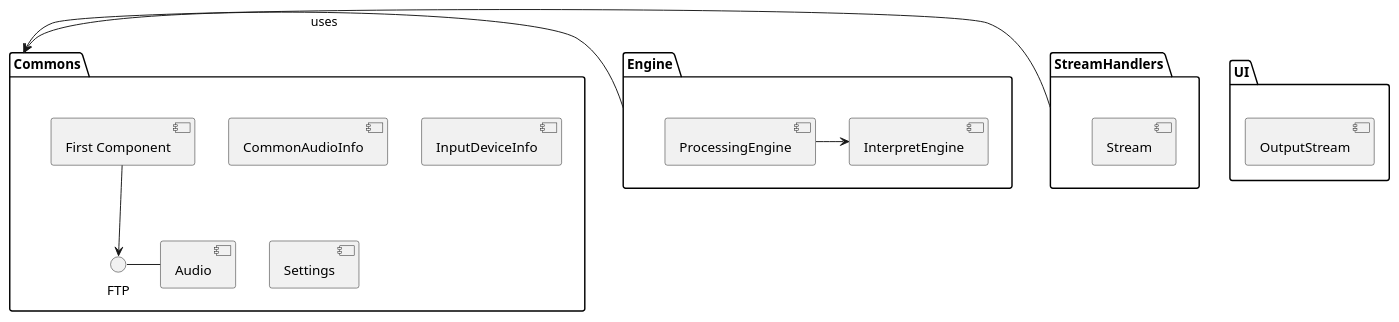
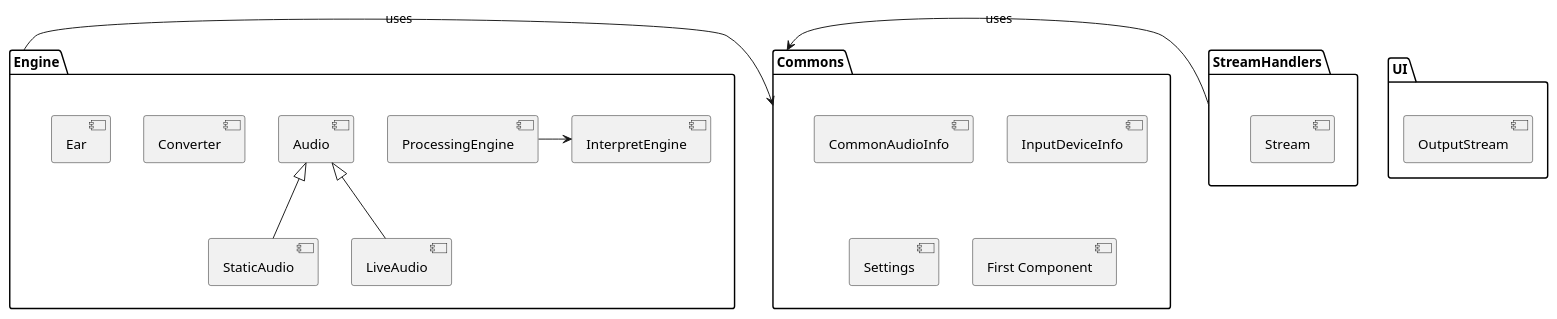
The diagram in docs/ApplicationModulesAndDependencies.puml (maciejj04/Apollo), drawn with PlantUML before and after one commit. The commit also changed 22 other files, not shown here.

```diff
--- a/docs/ApplicationModulesAndDependencies.puml
+++ b/docs/ApplicationModulesAndDependencies.puml
@@ -1,27 +1,30 @@
 @startuml
 
 package "Commons" {
-FTP - [Audio]
 [CommonAudioInfo]
 [InputDeviceInfo]
 [Settings]
-[First Component] --> FTP
+[First Component]
 }
 
 package "Engine" {
+[Audio]<|--[StaticAudio]
+[Audio]<|--[LiveAudio]
 [ProcessingEngine]->[InterpretEngine]
+[Converter]
+[Ear]
 }
 
 
 package "StreamHandlers" {
     [Stream]
 }
 
 package "UI" {
     [Stream]
     [OutputStream]
 }
 
 Engine -> Commons : uses
-StreamHandlers -> Commons
+StreamHandlers -> Commons : uses
 @enduml
```
